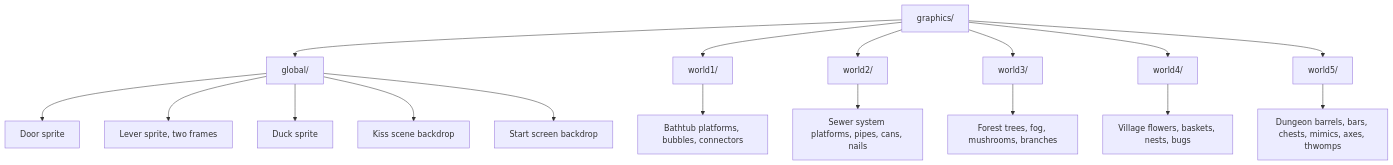
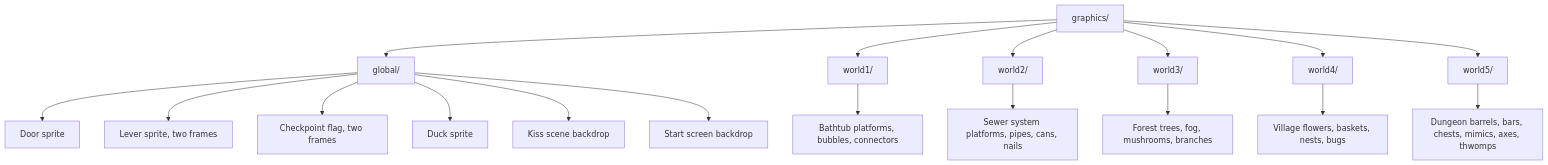
One commit to gba-projekt-thi/platformer changed the first of 3 diagrams in docs/asset-management.md. Above: the diagram before and after it, drawn with Mermaid. The commit also changed 36 other files, not shown here.

````diff
--- a/docs/asset-management.md
+++ b/docs/asset-management.md
@@ -16,19 +16,20 @@
 ```mermaid
 graph TD
     G[graphics/] --> Glob[global/]
     G --> W1[world1/]
     G --> W2[world2/]
     G --> W3[world3/]
     G --> W4[world4/]
     G --> W5[world5/]
     Glob --> Door[Door sprite]
     Glob --> Lever[Lever sprite, two frames]
+    Glob --> Flag[Checkpoint flag, two frames]
     Glob --> Duck[Duck sprite]
     Glob --> Kiss[Kiss scene backdrop]
     Glob --> Start[Start screen backdrop]
     W1 --> T1[Bathtub platforms, bubbles, connectors]
     W2 --> T2[Sewer system platforms, pipes, cans, nails]
     W3 --> T3[Forest trees, fog, mushrooms, branches]
     W4 --> T4[Village flowers, baskets, nests, bugs]
     W5 --> T5[Dungeon barrels, bars, chests, mimics, axes, thwomps]
 ```
````
